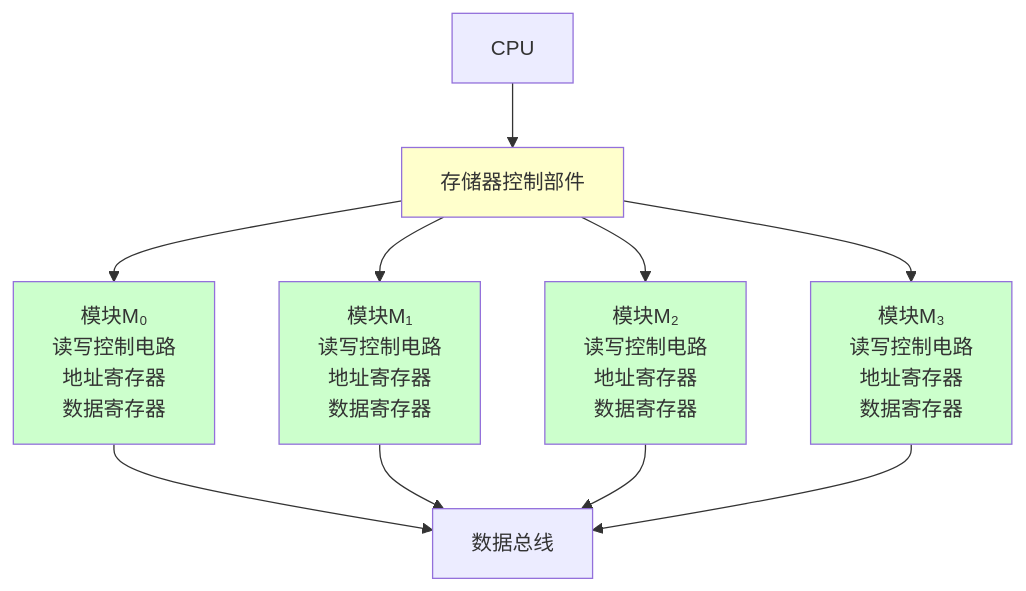
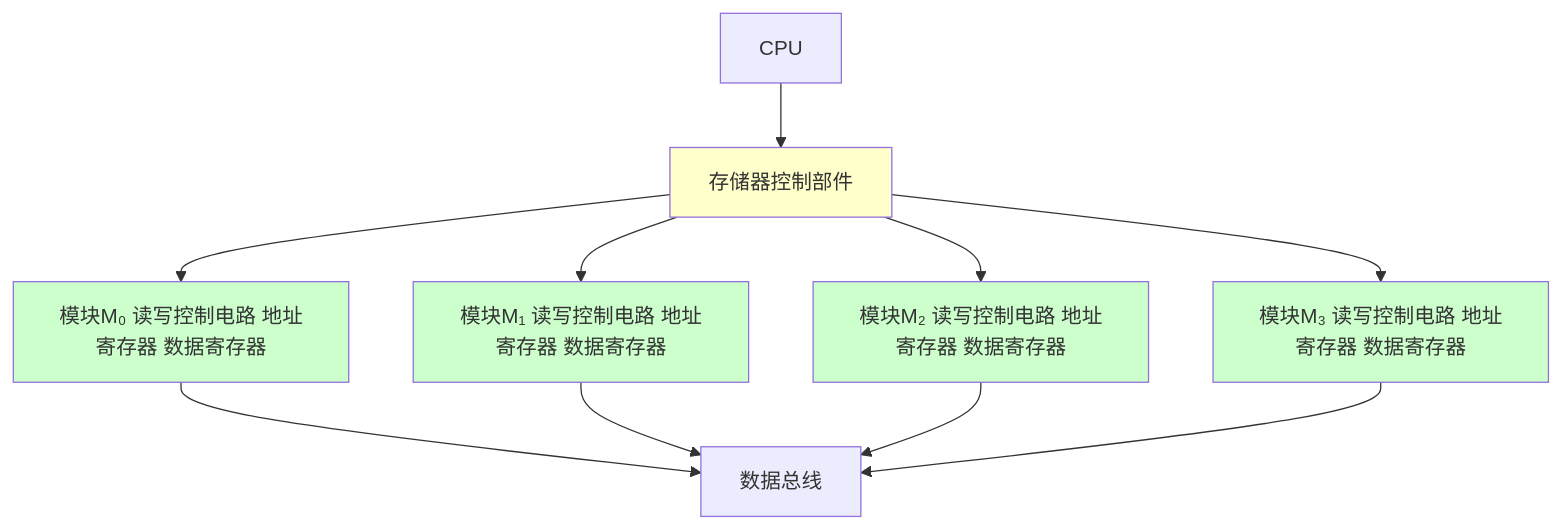
Before and after one commit to gilismael826-lgtm/course: the fourth of 4 diagrams in 计算机组成原理/notes/章节笔记/第3章-存储系统/第3章-3.5-并行存储器.md, drawn with Mermaid. The commit also changed other lines of this file and 28 other files, not shown here.

````diff
--- a/计算机组成原理/notes/章节笔记/第3章-存储系统/第3章-3.5-并行存储器.md
+++ b/计算机组成原理/notes/章节笔记/第3章-存储系统/第3章-3.5-并行存储器.md
@@ -230,20 +248,20 @@
 ```mermaid
 graph TB
     CPU["CPU"] --> Control["存储器控制部件"]
     
-    Control --> M0["模块M₀<br/>读写控制电路<br/>地址寄存器<br/>数据寄存器"]
-    Control --> M1["模块M₁<br/>读写控制电路<br/>地址寄存器<br/>数据寄存器"]
-    Control --> M2["模块M₂<br/>读写控制电路<br/>地址寄存器<br/>数据寄存器"]
-    Control --> M3["模块M₃<br/>读写控制电路<br/>地址寄存器<br/>数据寄存器"]
+    Control --> M0["模块M₀ 读写控制电路 地址寄存器 数据寄存器"]
+    Control --> M1["模块M₁ 读写控制电路 地址寄存器 数据寄存器"]
+    Control --> M2["模块M₂ 读写控制电路 地址寄存器 数据寄存器"]
+    Control --> M3["模块M₃ 读写控制电路 地址寄存器 数据寄存器"]
     
     M0 --> DataBus["数据总线"]
     M1 --> DataBus
     M2 --> DataBus
     M3 --> DataBus
     
     style Control fill:#ffffcc
     style M0 fill:#ccffcc
     style M1 fill:#ccffcc
     style M2 fill:#ccffcc
     style M3 fill:#ccffcc
 ```
````
